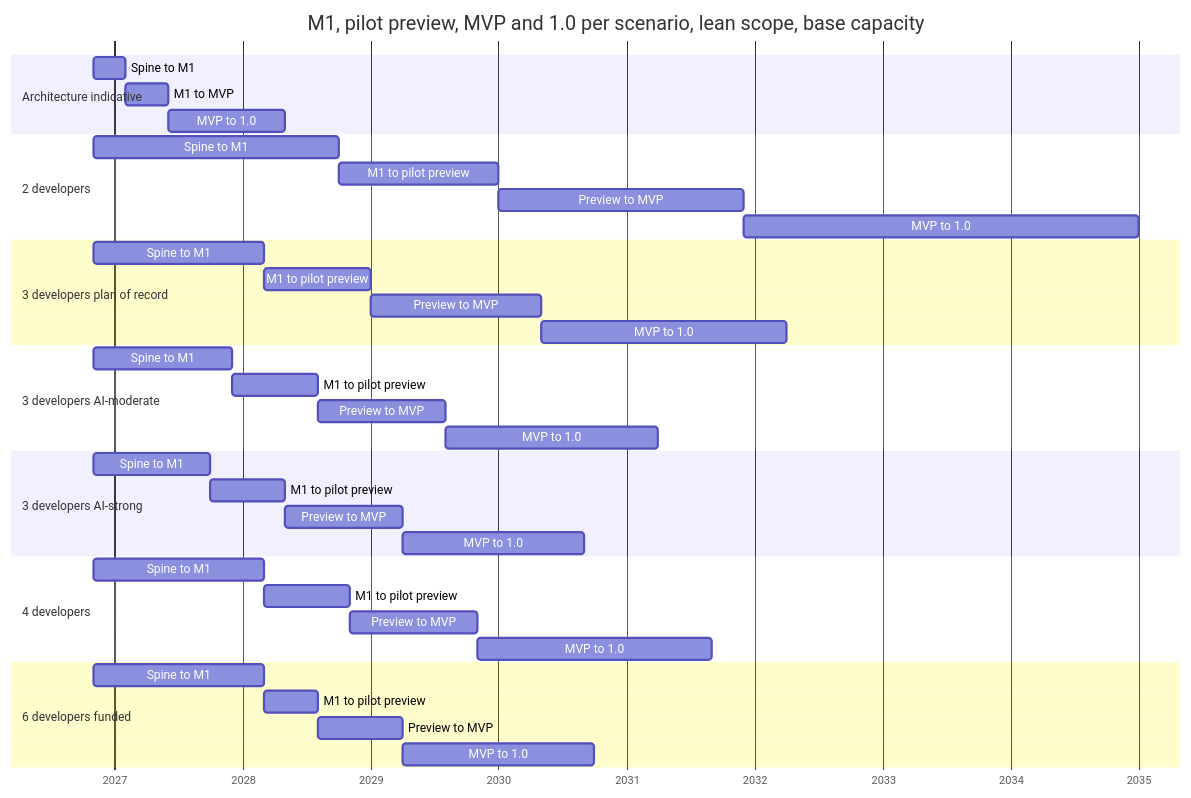
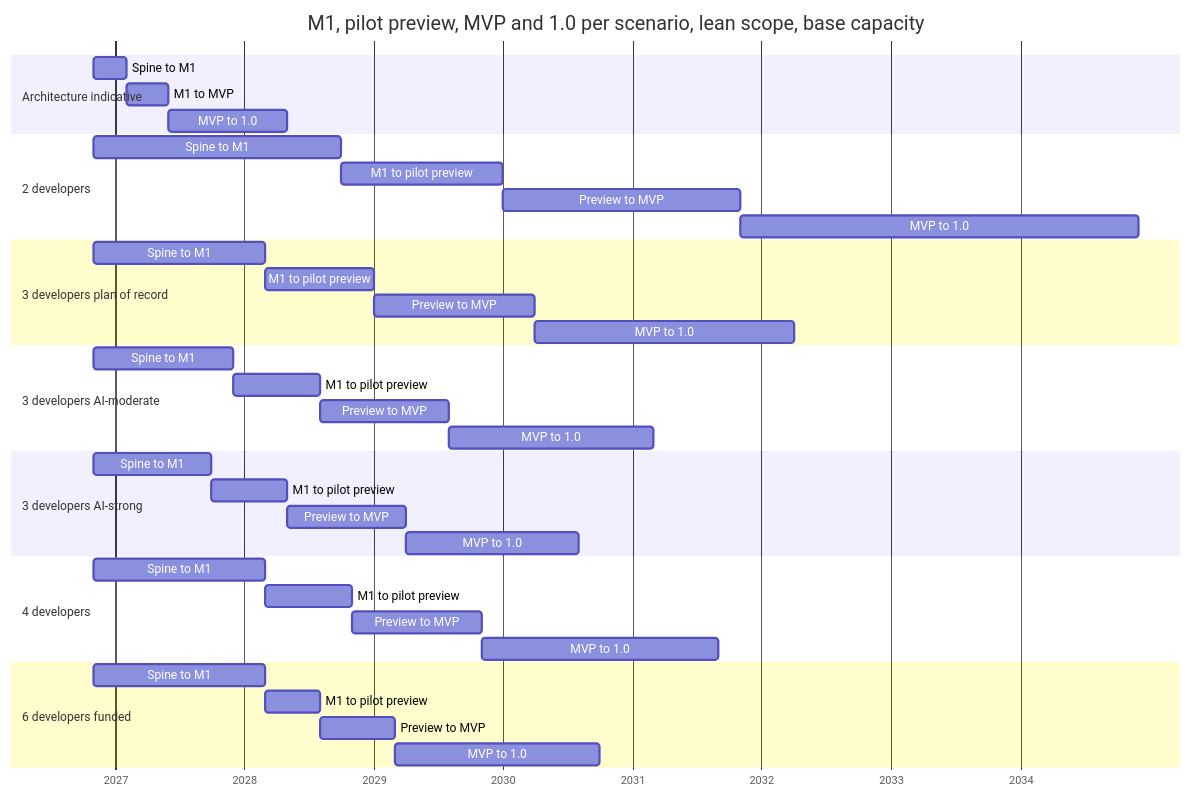
One commit to Ironkode787/ElektraWatt changed the first of 3 diagrams in docs/plan/01-global-plan.md. Above: the diagram before and after it, drawn with Mermaid. The commit also changed other lines of this file and 7 other files, not shown here.

````diff
--- a/docs/plan/01-global-plan.md
+++ b/docs/plan/01-global-plan.md
@@ -341,40 +341,40 @@
 ```mermaid
 gantt
   title M1, pilot preview, MVP and 1.0 per scenario, lean scope, base capacity
   dateFormat YYYY-MM-DD
   axisFormat %Y
   section Architecture indicative
   Spine to M1         :i1, 2026-11-01, 2027-02-01
   M1 to MVP           :i2, 2027-02-01, 2027-06-01
   MVP to 1.0          :i3, 2027-06-01, 2028-05-01
   section 2 developers
   Spine to M1         :s00, 2026-11-01, 2028-10-01
   M1 to pilot preview :s01, 2028-10-01, 2030-01-01
-  Preview to MVP      :s02, 2030-01-01, 2031-12-01
-  MVP to 1.0          :s03, 2031-12-01, 2035-01-01
+  Preview to MVP      :s02, 2030-01-01, 2031-11-01
+  MVP to 1.0          :s03, 2031-11-01, 2034-12-01
   section 3 developers plan of record
   Spine to M1         :s10, 2026-11-01, 2028-03-01
   M1 to pilot preview :s11, 2028-03-01, 2029-01-01
-  Preview to MVP      :s12, 2029-01-01, 2030-05-01
-  MVP to 1.0          :s13, 2030-05-01, 2032-04-01
+  Preview to MVP      :s12, 2029-01-01, 2030-04-01
+  MVP to 1.0          :s13, 2030-04-01, 2032-04-01
   section 3 developers AI-moderate
   Spine to M1         :s20, 2026-11-01, 2027-12-01
   M1 to pilot preview :s21, 2027-12-01, 2028-08-01
   Preview to MVP      :s22, 2028-08-01, 2029-08-01
-  MVP to 1.0          :s23, 2029-08-01, 2031-04-01
+  MVP to 1.0          :s23, 2029-08-01, 2031-03-01
   section 3 developers AI-strong
   Spine to M1         :s30, 2026-11-01, 2027-10-01
   M1 to pilot preview :s31, 2027-10-01, 2028-05-01
   Preview to MVP      :s32, 2028-05-01, 2029-04-01
-  MVP to 1.0          :s33, 2029-04-01, 2030-09-01
+  MVP to 1.0          :s33, 2029-04-01, 2030-08-01
   section 4 developers
   Spine to M1         :s40, 2026-11-01, 2028-03-01
   M1 to pilot preview :s41, 2028-03-01, 2028-11-01
   Preview to MVP      :s42, 2028-11-01, 2029-11-01
   MVP to 1.0          :s43, 2029-11-01, 2031-09-01
   section 6 developers funded
   Spine to M1         :s50, 2026-11-01, 2028-03-01
   M1 to pilot preview :s51, 2028-03-01, 2028-08-01
-  Preview to MVP      :s52, 2028-08-01, 2029-04-01
-  MVP to 1.0          :s53, 2029-04-01, 2030-10-01
+  Preview to MVP      :s52, 2028-08-01, 2029-03-01
+  MVP to 1.0          :s53, 2029-03-01, 2030-10-01
 ```
````
